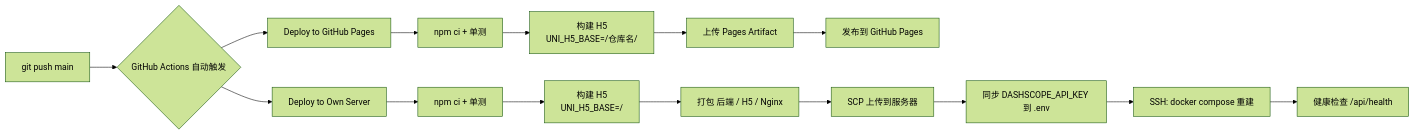
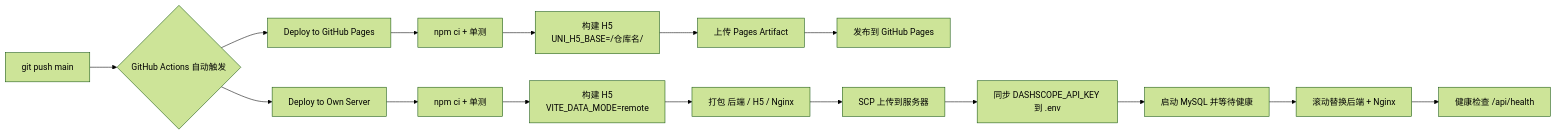
One commit to hewei-86/tongban_project changed the diagram in DEPLOY.md. Above: the diagram before and after it, drawn with Mermaid (forest theme). The commit also changed other lines of this file and 2 other files, not shown here.

First line of the commit message:
docs: 更新 MySQL 云端账号与同步部署说明

````diff
--- a/DEPLOY.md
+++ b/DEPLOY.md
@@ -34,19 +34,20 @@
 ```mermaid
 flowchart LR
   A["git push main"] --> B{"GitHub Actions 自动触发"}
   B --> C["Deploy to GitHub Pages"]
   B --> D["Deploy to Own Server"]
 
   C --> C1["npm ci + 单测"]
   C1 --> C2["构建 H5<br/>UNI_H5_BASE=/仓库名/"]
   C2 --> C3["上传 Pages Artifact"]
   C3 --> C4["发布到 GitHub Pages"]
 
   D --> D1["npm ci + 单测"]
-  D1 --> D2["构建 H5<br/>UNI_H5_BASE=/"]
+  D1 --> D2["构建 H5<br/>VITE_DATA_MODE=remote"]
   D2 --> D3["打包 后端 / H5 / Nginx"]
   D3 --> D4["SCP 上传到服务器"]
   D4 --> D5["同步 DASHSCOPE_API_KEY 到 .env"]
-  D5 --> D6["SSH: docker compose 重建"]
-  D6 --> D7["健康检查 /api/health"]
+  D5 --> D6["启动 MySQL 并等待健康"]
+  D6 --> D7["滚动替换后端 + Nginx"]
+  D7 --> D8["健康检查 /api/health"]
 ```
````
